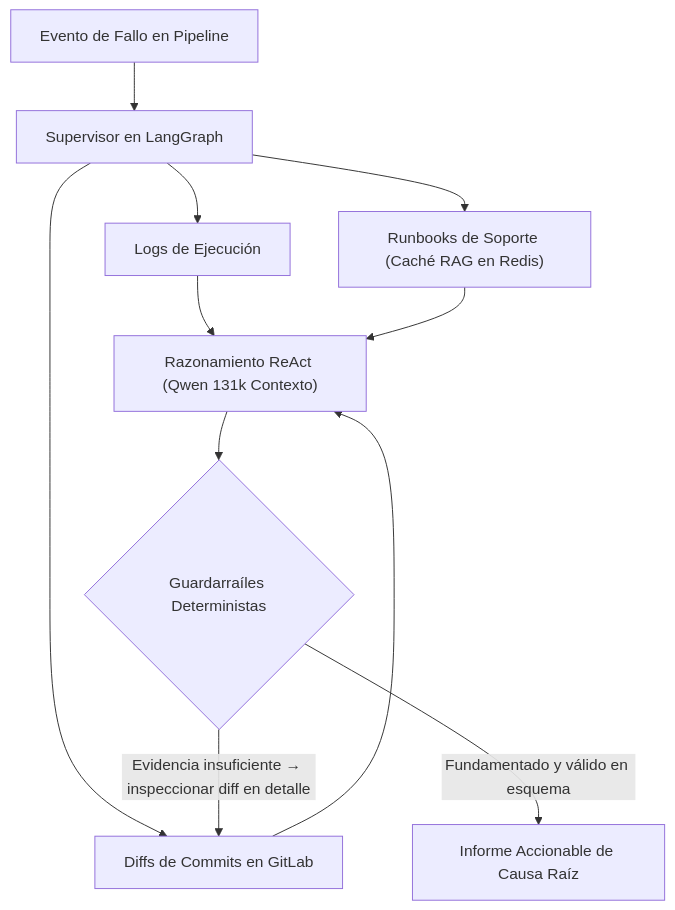
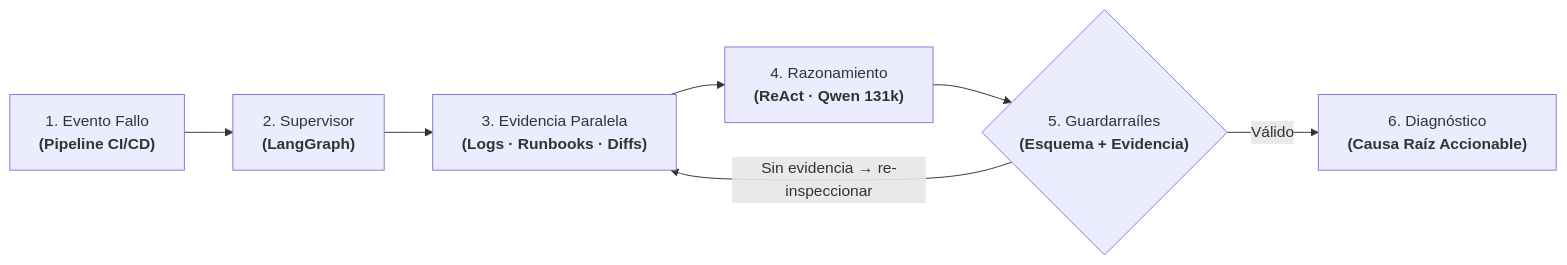
Before and after one commit to oredondo/oredondo.github.io: the diagram in docs_es/blog/posts/2026-03-10-agentic-cicd-diagnostics-langgraph.md, drawn with Mermaid. The commit also changed other lines of this file and 31 other files, not shown here.

First line of the commit message:
refactor(portfolio): unify architecture case studies, NextGen context, blog essays, and bilingual CV

````diff
--- a/docs_es/blog/posts/2026-03-10-agentic-cicd-diagnostics-langgraph.md
+++ b/docs_es/blog/posts/2026-03-10-agentic-cicd-diagnostics-langgraph.md
@@ -42,11 +42,9 @@
 ```mermaid
-flowchart TD
-    Event["Evento de Fallo en Pipeline"] --> Supervisor["Supervisor en LangGraph"]
-    Supervisor --> Logs["Logs de Ejecución"]
-    Supervisor --> Docs["Runbooks de Soporte (Caché RAG en Redis)"]
-    Supervisor --> Diffs["Diffs de Commits en GitLab"]
-    Logs & Docs & Diffs --> ReAct["Razonamiento ReAct (Qwen 131k Contexto)"]
-    ReAct --> Gate{"Guardarraíles Deterministas"}
-    Gate -- "Evidencia insuficiente → inspeccionar diff en detalle" --> Diffs
-    Gate -- "Fundamentado y válido en esquema" --> Diagnosis["Informe Accionable de Causa Raíz"]
+flowchart LR
+    Event["1. Evento Fallo<br/><b>(Pipeline CI/CD)</b>"] --> Supervisor["2. Supervisor<br/><b>(LangGraph)</b>"]
+    Supervisor --> Gather["3. Evidencia Paralela<br/><b>(Logs · Runbooks · Diffs)</b>"]
+    Gather --> ReAct["4. Razonamiento<br/><b>(ReAct · Qwen 131k)</b>"]
+    ReAct --> Gate{"5. Guardarraíles<br/><b>(Esquema + Evidencia)</b>"}
+    Gate -- "Sin evidencia → re-inspeccionar" --> Gather
+    Gate -- "Válido" --> Diagnosis["6. Diagnóstico<br/><b>(Causa Raíz Accionable)</b>"]
 ```
````
